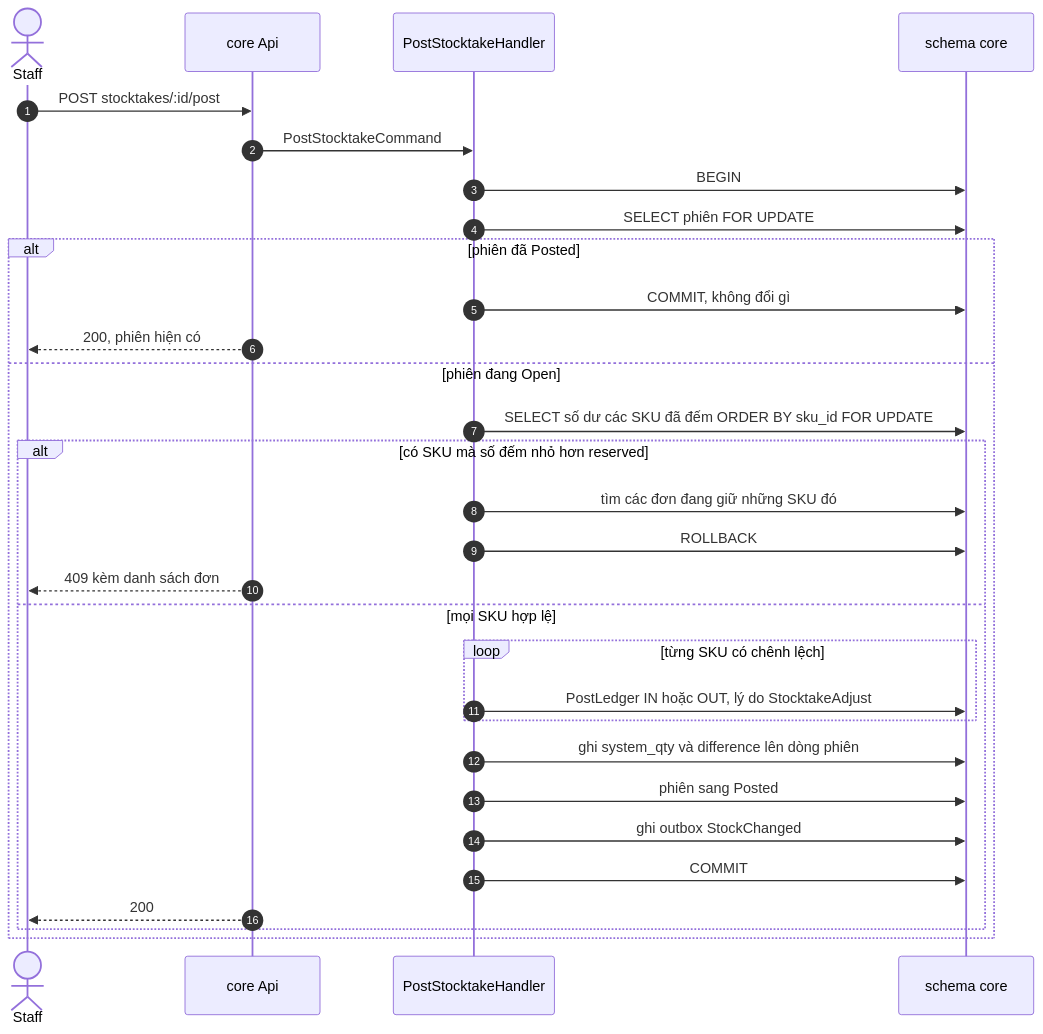
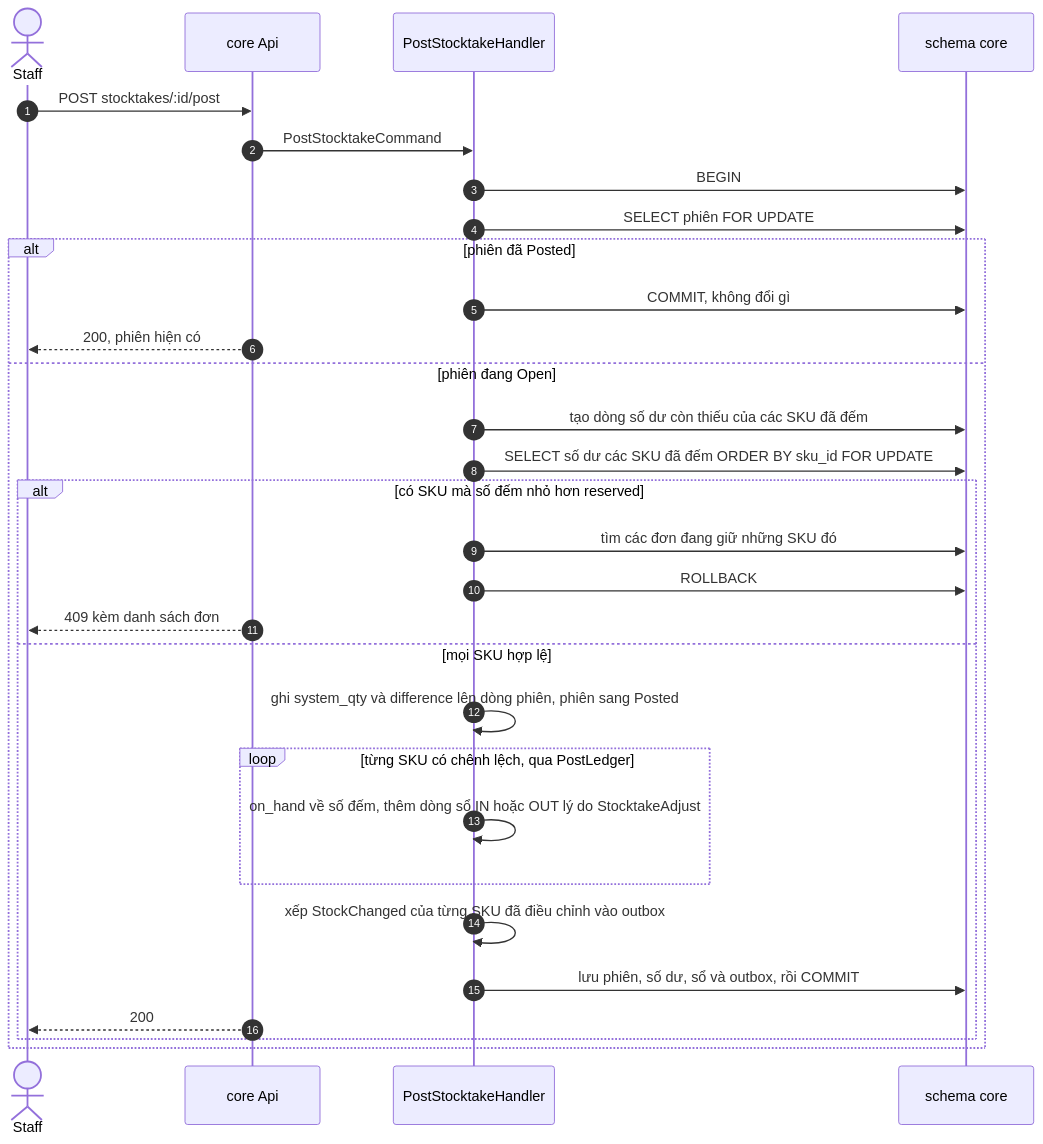
Before and after one commit to kapfm789/XDPMOOP: the diagram in docs/design/flows/stocktake.md, drawn with Mermaid. The commit also changed other lines of this file and 39 other files, not shown here.

````diff
--- a/docs/design/flows/stocktake.md
+++ b/docs/design/flows/stocktake.md
@@ -5,33 +5,33 @@
 ```mermaid
 sequenceDiagram
   autonumber
   actor Staff
   participant Api as core Api
   participant UC as PostStocktakeHandler
   participant DB as schema core
 
   Staff->>Api: POST stocktakes/:id/post
   Api->>UC: PostStocktakeCommand
   UC->>DB: BEGIN
   UC->>DB: SELECT phiên FOR UPDATE
   alt phiên đã Posted
     UC->>DB: COMMIT, không đổi gì
     Api-->>Staff: 200, phiên hiện có
   else phiên đang Open
+    UC->>DB: tạo dòng số dư còn thiếu của các SKU đã đếm
     UC->>DB: SELECT số dư các SKU đã đếm ORDER BY sku_id FOR UPDATE
     alt có SKU mà số đếm nhỏ hơn reserved
       UC->>DB: tìm các đơn đang giữ những SKU đó
       UC->>DB: ROLLBACK
       Api-->>Staff: 409 kèm danh sách đơn
     else mọi SKU hợp lệ
-      loop từng SKU có chênh lệch
-        UC->>DB: PostLedger IN hoặc OUT, lý do StocktakeAdjust
+      UC->>UC: ghi system_qty và difference lên dòng phiên, phiên sang Posted
+      loop từng SKU có chênh lệch, qua PostLedger
+        UC->>UC: on_hand về số đếm, thêm dòng sổ IN hoặc OUT lý do StocktakeAdjust
       end
-      UC->>DB: ghi system_qty và difference lên dòng phiên
-      UC->>DB: phiên sang Posted
-      UC->>DB: ghi outbox StockChanged
-      UC->>DB: COMMIT
+      UC->>UC: xếp StockChanged của từng SKU đã điều chỉnh vào outbox
+      UC->>DB: lưu phiên, số dư, sổ và outbox, rồi COMMIT
       Api-->>Staff: 200
     end
   end
 ```
````
